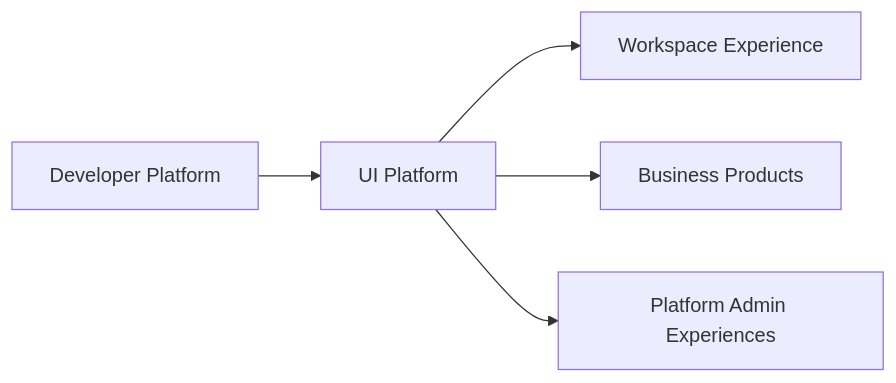
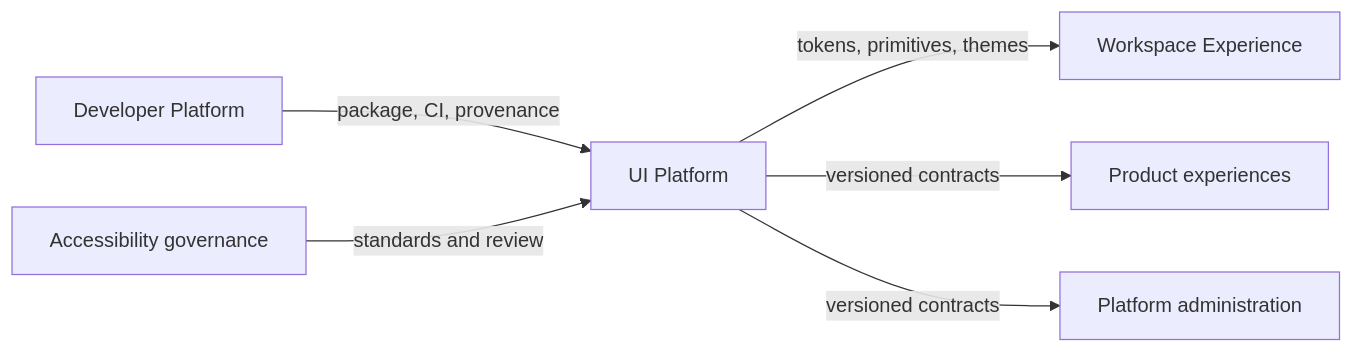
The first of 2 diagrams in 03-domain/PAD-PLT-003-scnehaux-ui-platform/PAD-PLT-003-scnehaux-ui-platform.pad.md (anshacerbia2/scnehaux-architecture), drawn with Mermaid before and after one commit. The commit also changed other lines of this file and 1 other file, not shown here.

Commit message:
docs(ui-platform): mature PAD and SAD contracts

````diff
--- a/03-domain/PAD-PLT-003-scnehaux-ui-platform/PAD-PLT-003-scnehaux-ui-platform.pad.md
+++ b/03-domain/PAD-PLT-003-scnehaux-ui-platform/PAD-PLT-003-scnehaux-ui-platform.pad.md
@@ -77,13 +67,8 @@
 ```mermaid
 graph LR
-    UIP[UI Platform]
-    DEV[Developer Platform]
-    WS[Workspace Experience]
-    PROD[Business Products]
-    ADMIN[Platform Admin Experiences]
-
-    DEV --> UIP
-    UIP --> WS
-    UIP --> PROD
-    UIP --> ADMIN
+  DP[Developer Platform] -->|package, CI, provenance| UIP[UI Platform]
+  AG[Accessibility governance] -->|standards and review| UIP
+  UIP -->|tokens, primitives, themes| WS[Workspace Experience]
+  UIP -->|versioned contracts| PROD[Product experiences]
+  UIP -->|versioned contracts| ADMIN[Platform administration]
 ```
````
